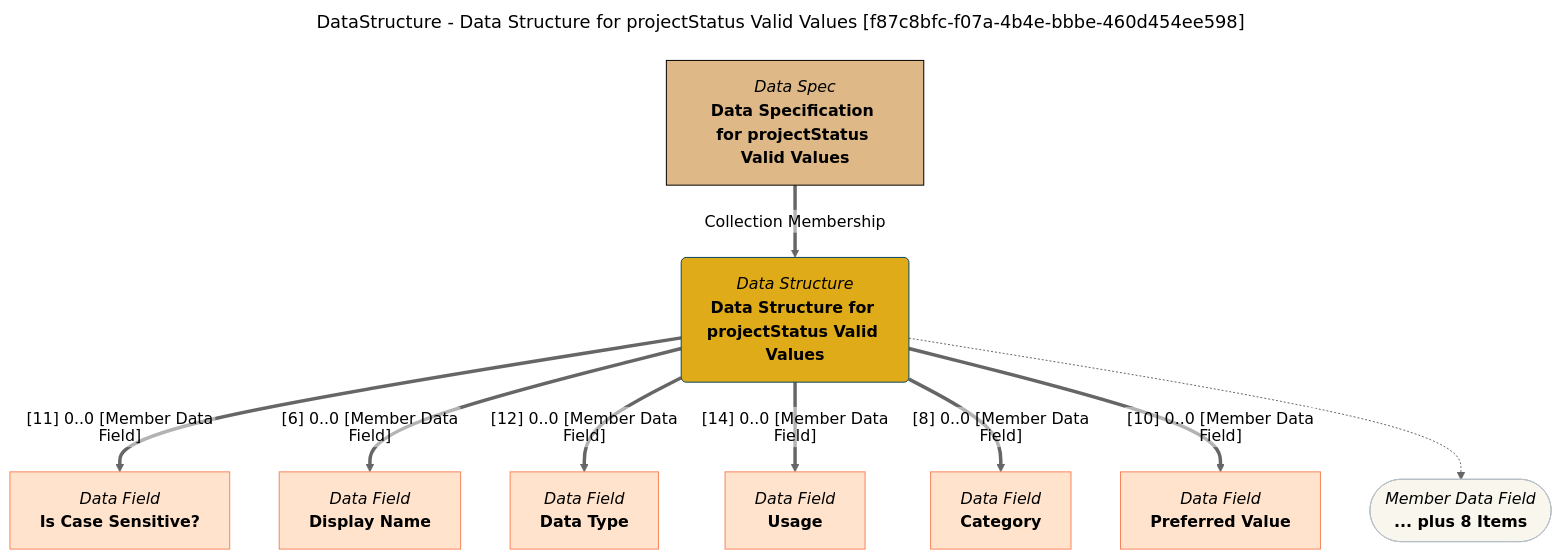
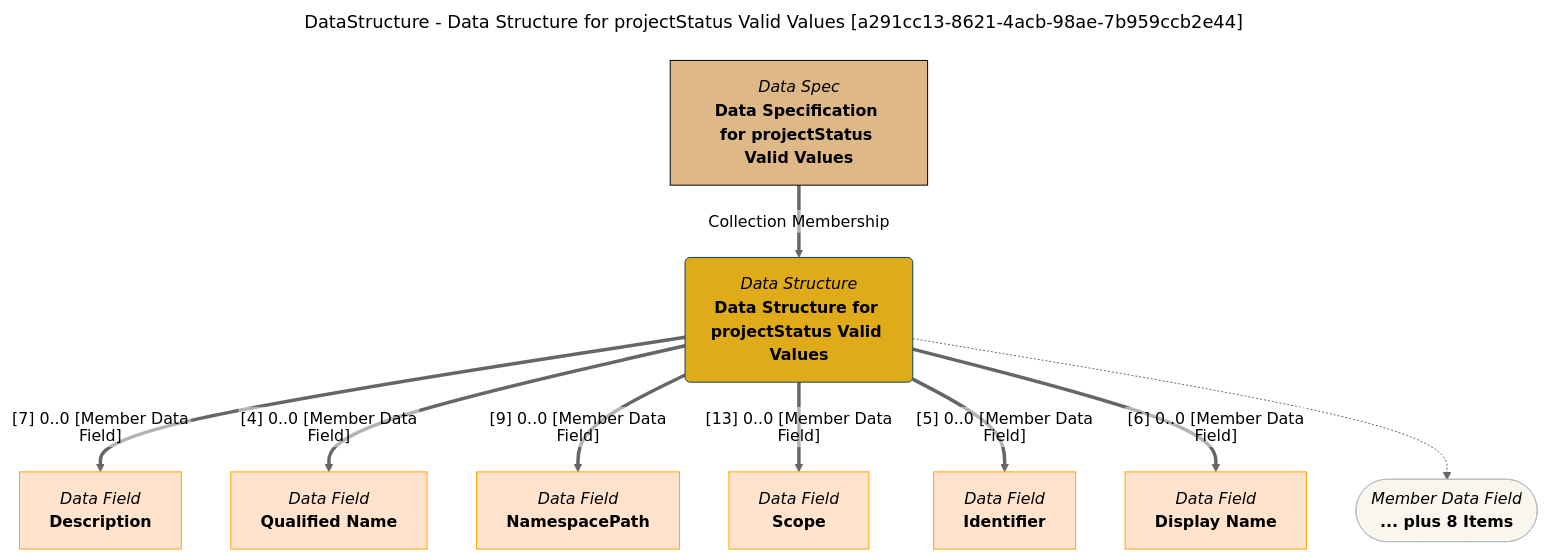
The diagram in site/snippets/data-structures/data-structure-for-projectstatus-valid-values-mermaid-graph.md (odpi/egeria-docs), drawn with Mermaid (neutral theme) before and after one commit. The commit also changed 2201 other files, not shown here.

````diff
--- a/site/snippets/data-structures/data-structure-for-projectstatus-valid-values-mermaid-graph.md
+++ b/site/snippets/data-structures/data-structure-for-projectstatus-valid-values-mermaid-graph.md
@@ -1,43 +1,43 @@
 ```mermaid
 ---
-title: DataStructure - Data Structure for projectStatus Valid Values [f87c8bfc-f07a-4b4e-bbbe-460d454ee598]
+title: DataStructure - Data Structure for projectStatus Valid Values [a291cc13-8621-4acb-98ae-7b959ccb2e44]
 ---
 flowchart TD
 %%{init: {"flowchart": {"htmlLabels": false}} }%%
 
 1@{ shape: rounded, label: "*Data Structure*
 **Data Structure for projectStatus Valid Values**"}
 2@{ shape: rect, label: "*Data Spec*
 **Data Specification for projectStatus Valid Values**"}
 2==>|"Collection Membership"|1
 3@{ shape: rect, label: "*Data Field*
-**Is Case Sensitive?**"}
-1==>|"[11] 0..0 [Member Data Field]"|3
+**Description**"}
+1==>|"[7] 0..0 [Member Data Field]"|3
 4@{ shape: rect, label: "*Data Field*
+**Qualified Name**"}
+1==>|"[4] 0..0 [Member Data Field]"|4
+5@{ shape: rect, label: "*Data Field*
+**NamespacePath**"}
+1==>|"[9] 0..0 [Member Data Field]"|5
+6@{ shape: rect, label: "*Data Field*
+**Scope**"}
+1==>|"[13] 0..0 [Member Data Field]"|6
+7@{ shape: rect, label: "*Data Field*
+**Identifier**"}
+1==>|"[5] 0..0 [Member Data Field]"|7
+8@{ shape: rect, label: "*Data Field*
 **Display Name**"}
-1==>|"[6] 0..0 [Member Data Field]"|4
-5@{ shape: rect, label: "*Data Field*
-**Data Type**"}
-1==>|"[12] 0..0 [Member Data Field]"|5
-6@{ shape: rect, label: "*Data Field*
-**Usage**"}
-1==>|"[14] 0..0 [Member Data Field]"|6
-7@{ shape: rect, label: "*Data Field*
-**Category**"}
-1==>|"[8] 0..0 [Member Data Field]"|7
-8@{ shape: rect, label: "*Data Field*
-**Preferred Value**"}
-1==>|"[10] 0..0 [Member Data Field]"|8
+1==>|"[6] 0..0 [Member Data Field]"|8
 9@{ shape: stadium, label: "*Member Data Field*
 **... plus 8 Items**"}
 1-.->9
 style 1 color:#000000, fill:#e0ab18, stroke:#004563
-style 2 color:#000000, fill:#deb887, stroke:#000000
-style 3 color:#000000, fill:#ffe3cc, stroke:#f9845b
-style 4 color:#000000, fill:#ffe3cc, stroke:#f9845b
-style 5 color:#000000, fill:#ffe3cc, stroke:#f9845b
-style 6 color:#000000, fill:#ffe3cc, stroke:#f9845b
-style 7 color:#000000, fill:#ffe3cc, stroke:#f9845b
-style 8 color:#000000, fill:#ffe3cc, stroke:#f9845b
+style 2 color:#000000, fill:#DEB887, stroke:#000000
+style 3 color:#000000, fill:#ffe3cc, stroke:#FFA500
+style 4 color:#000000, fill:#ffe3cc, stroke:#FFA500
+style 5 color:#000000, fill:#ffe3cc, stroke:#FFA500
+style 6 color:#000000, fill:#ffe3cc, stroke:#FFA500
+style 7 color:#000000, fill:#ffe3cc, stroke:#FFA500
+style 8 color:#000000, fill:#ffe3cc, stroke:#FFA500
 style 9 color:#000000, fill:#F9F7ED, stroke:#b7c0c7
 ```
````
